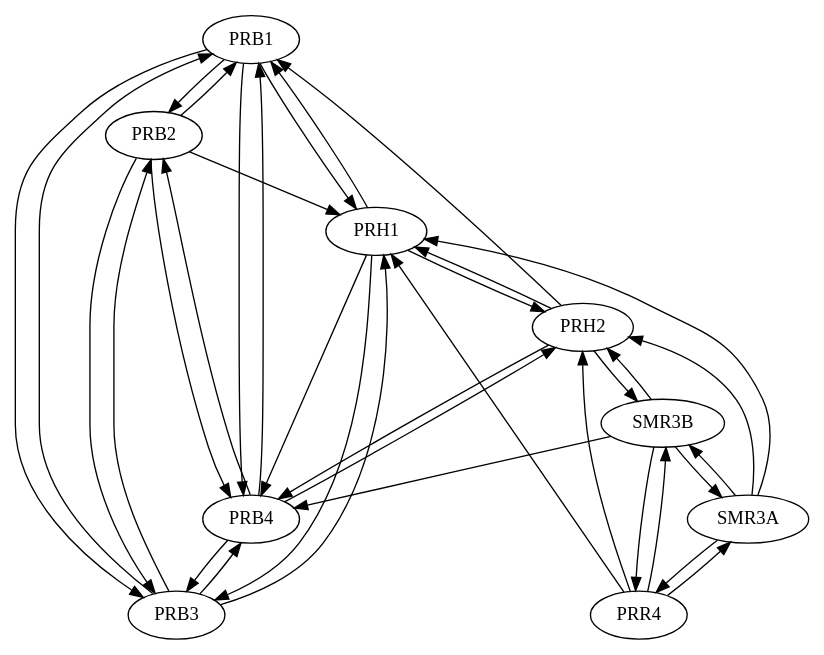
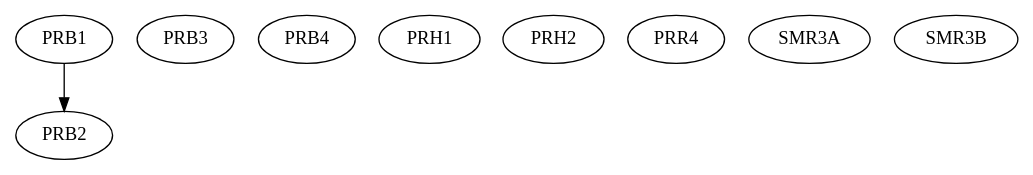
One commit to leonfrench/map-of-proteins-data changed the diagram in v6/graphs/125.graph.dot. Above: the diagram before and after it, drawn with Graphviz.

Commit message:
Testing out minimal graph

```diff
--- a/v6/graphs/125.graph.dot
+++ b/v6/graphs/125.graph.dot
@@ -1,47 +1,12 @@
 digraph G {
 "PRB1" -> "PRB2";
-"PRB1" -> "PRB3";
-"PRB1" -> "PRB4";
-"PRB1" -> "PRH1";
-"PRB2" -> "PRB1";
-"PRB2" -> "PRB3";
-"PRB2" -> "PRB4";
-"PRB2" -> "PRH1";
-"PRB3" -> "PRB4";
-"PRB3" -> "PRB1";
-"PRB3" -> "PRB2";
-"PRB3" -> "PRH1";
-"PRB4" -> "PRB3";
-"PRB4" -> "PRB1";
-"PRB4" -> "PRB2";
-"PRB4" -> "PRH2";
-"PRH1" -> "PRB3";
-"PRH1" -> "PRB4";
-"PRH1" -> "PRH2";
-"PRH1" -> "PRB1";
-"PRH2" -> "PRB4";
-"PRH2" -> "PRH1";
-"PRH2" -> "SMR3B";
-"PRH2" -> "PRB1";
-"PRR4" -> "PRH2";
-"PRR4" -> "PRH1";
-"PRR4" -> "SMR3B";
-"PRR4" -> "SMR3A";
-"SMR3A" -> "SMR3B";
-"SMR3A" -> "PRR4";
-"SMR3A" -> "PRH2";
-"SMR3A" -> "PRH1";
-"SMR3B" -> "SMR3A";
-"SMR3B" -> "PRH2";
-"SMR3B" -> "PRR4";
-"SMR3B" -> "PRB4";
 "PRB1" ["l"="2.005052,23.294493"];
 "PRB2" ["l"="2.259923,23.361536"];
 "PRB3" ["l"="2.212569,23.452602"];
 "PRB4" ["l"="2.331008,23.560740"];
 "PRH1" ["l"="2.097123,23.516792"];
 "PRH2" ["l"="2.410113,23.382036"];
 "PRR4" ["l"="2.456096,23.247524"];
 "SMR3A" ["l"="2.838786,23.274696"];
 "SMR3B" ["l"="2.963940,23.255951"];
 }
```
